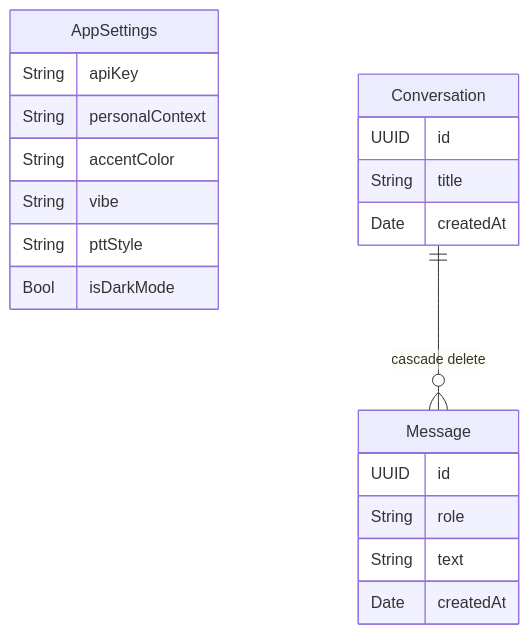
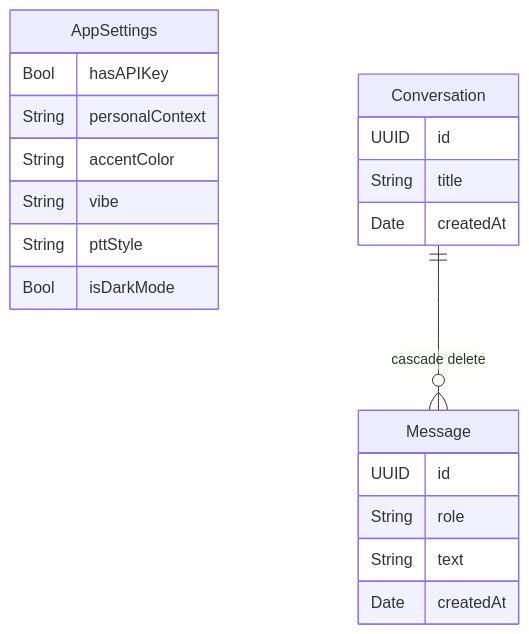
The second of 4 diagrams in README.md (luisaugusto/VoiceGPT), drawn with Mermaid before and after one commit. The commit also changed other lines of this file and 10 other files, not shown here.

````diff
--- a/README.md
+++ b/README.md
@@ -63,26 +63,26 @@
 ```mermaid
 erDiagram
     AppSettings {
-        String apiKey
+        Bool hasAPIKey
         String personalContext
         String accentColor
         String vibe
         String pttStyle
         Bool   isDarkMode
     }
 
     Conversation {
         UUID   id
         String title
         Date   createdAt
     }
 
     Message {
         UUID   id
         String role
         String text
         Date   createdAt
     }
 
     Conversation ||--o{ Message : "cascade delete"
 ```
````
